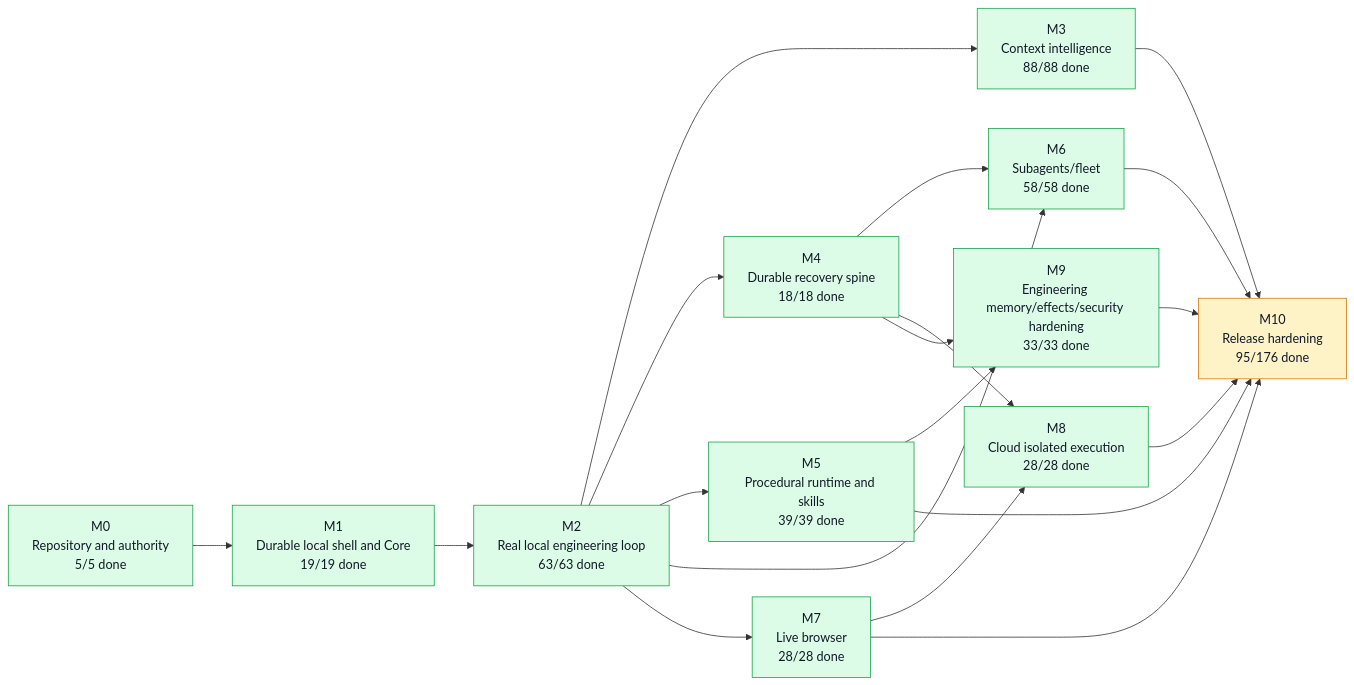
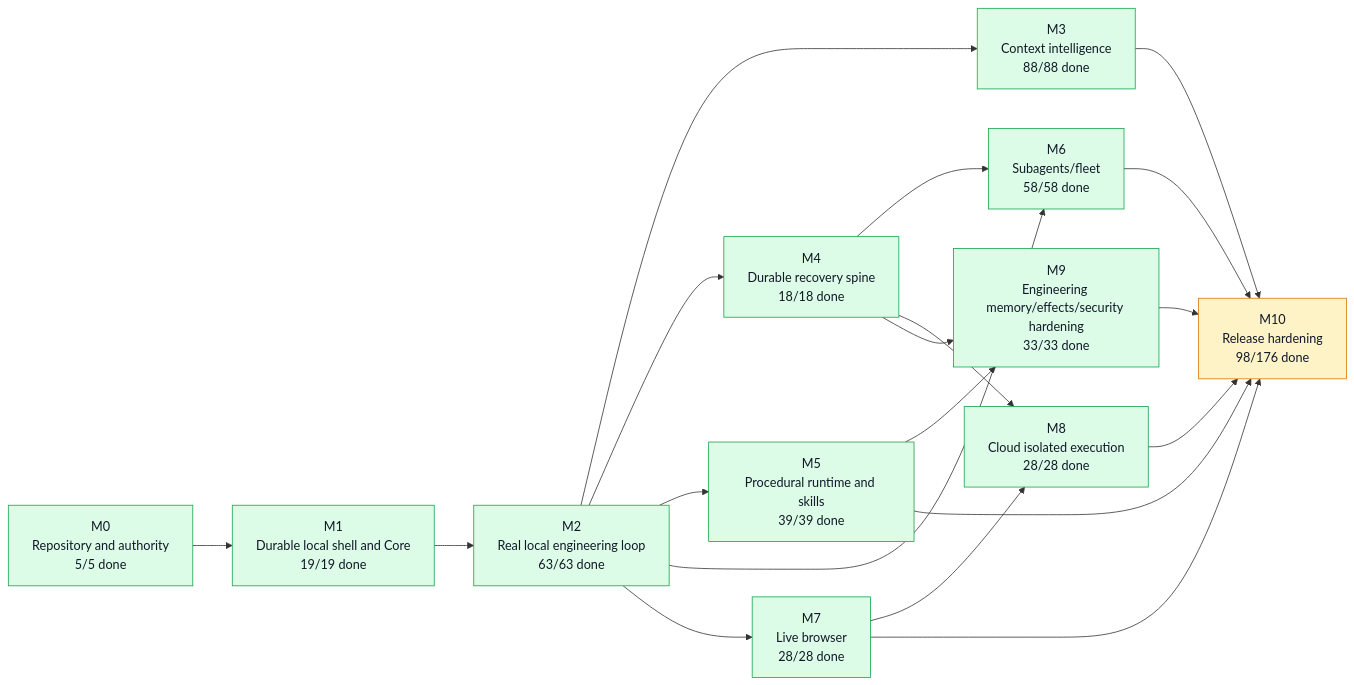
The first of 5 diagrams in graph/PROJECT_GRAPH.md (moss101/modbit), drawn with Mermaid before and after one commit. The commit also changed other lines of this file and 12 other files, not shown here.

````diff
--- a/graph/PROJECT_GRAPH.md
+++ b/graph/PROJECT_GRAPH.md
@@ -57,43 +57,43 @@
 ```mermaid
 flowchart LR
   M0["M0<br/>Repository and authority<br/>5/5 done"]
   M1["M1<br/>Durable local shell and Core<br/>19/19 done"]
   M2["M2<br/>Real local engineering loop<br/>63/63 done"]
   M3["M3<br/>Context intelligence<br/>88/88 done"]
   M4["M4<br/>Durable recovery spine<br/>18/18 done"]
   M5["M5<br/>Procedural runtime and skills<br/>39/39 done"]
   M6["M6<br/>Subagents/fleet<br/>58/58 done"]
   M7["M7<br/>Live browser<br/>28/28 done"]
   M8["M8<br/>Cloud isolated execution<br/>28/28 done"]
   M9["M9<br/>Engineering memory/effects/security hardening<br/>33/33 done"]
-  M10["M10<br/>Release hardening<br/>95/176 done"]
+  M10["M10<br/>Release hardening<br/>98/176 done"]
   M0 --> M1
   M1 --> M2
   M2 --> M3
   M2 --> M4
   M2 --> M5
   M2 --> M6
   M4 --> M6
   M2 --> M7
   M4 --> M8
   M7 --> M8
   M4 --> M9
   M5 --> M9
   M3 --> M10
   M5 --> M10
   M6 --> M10
   M7 --> M10
   M8 --> M10
   M9 --> M10
   style M0 fill:#dcfce7,stroke:#16a34a,color:#111827
   style M1 fill:#dcfce7,stroke:#16a34a,color:#111827
   style M2 fill:#dcfce7,stroke:#16a34a,color:#111827
   style M3 fill:#dcfce7,stroke:#16a34a,color:#111827
   style M4 fill:#dcfce7,stroke:#16a34a,color:#111827
   style M5 fill:#dcfce7,stroke:#16a34a,color:#111827
   style M6 fill:#dcfce7,stroke:#16a34a,color:#111827
   style M7 fill:#dcfce7,stroke:#16a34a,color:#111827
   style M8 fill:#dcfce7,stroke:#16a34a,color:#111827
   style M9 fill:#dcfce7,stroke:#16a34a,color:#111827
   style M10 fill:#fef3c7,stroke:#d97706,color:#111827
 ```
````
